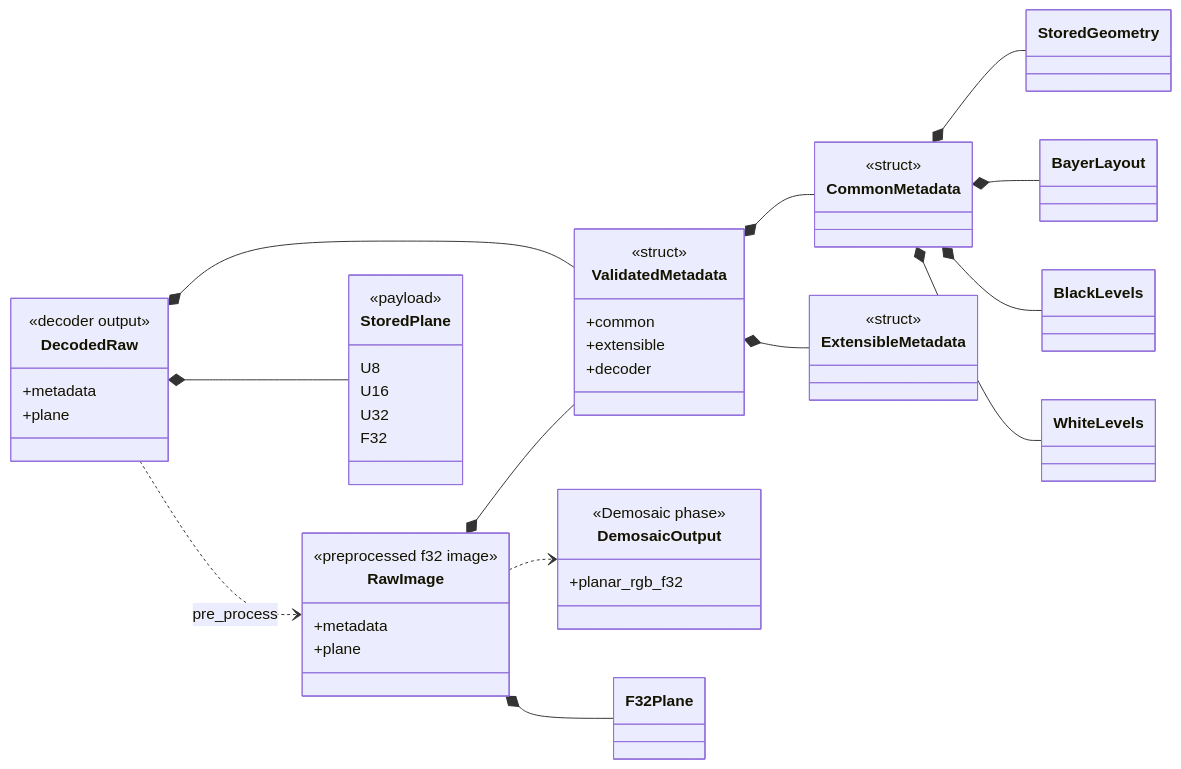
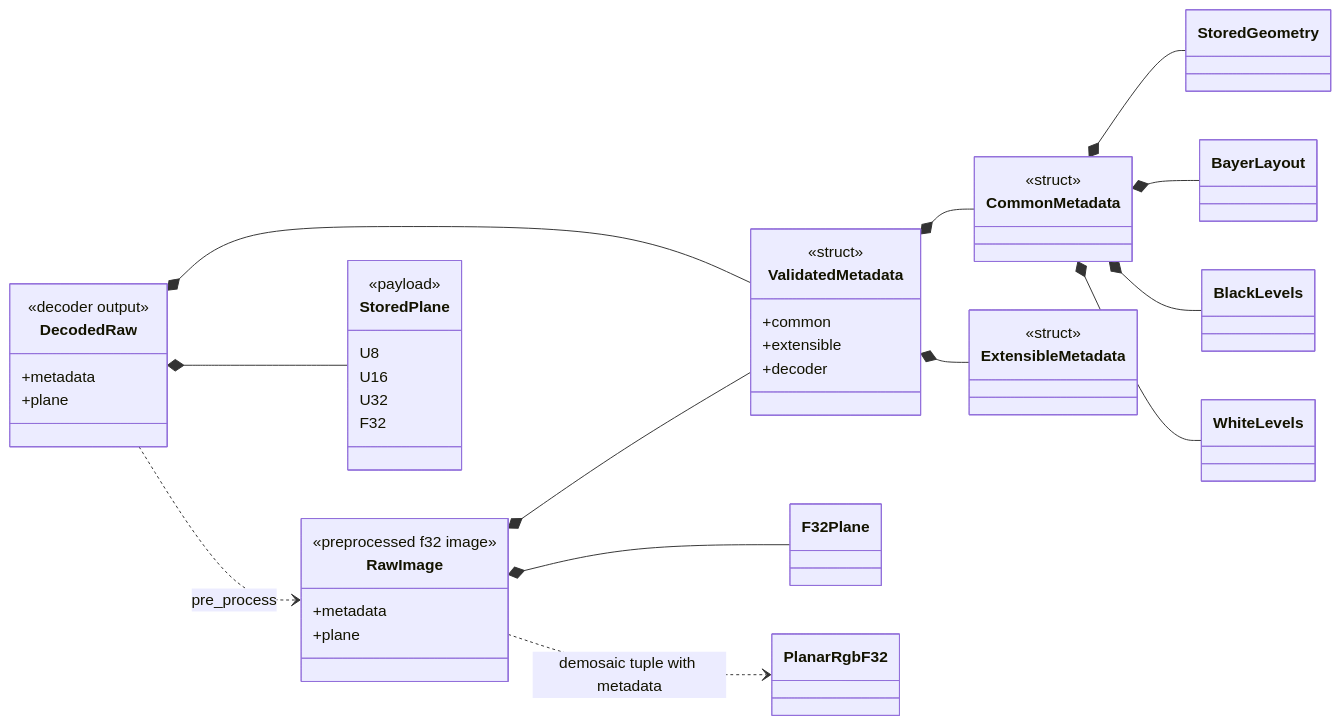
Before and after one commit to Glatzel/fornax: the diagram in docs/raw-pipeline/raw-image-struct.md, drawn with Mermaid. The commit also changed 4 other files, not shown here.

Commit message:
refactor(impl-core-001): return demosaic tuple

````diff
--- a/docs/raw-pipeline/raw-image-struct.md
+++ b/docs/raw-pipeline/raw-image-struct.md
@@ -9,54 +9,50 @@
 ```mermaid
 classDiagram
     direction LR
     class DecodedRaw {
         <<decoder output>>
         +metadata
         +plane
     }
     class RawImage {
         <<preprocessed f32 image>>
         +metadata
         +plane
     }
     class ValidatedMetadata {
         <<struct>>
         +common
         +extensible
         +decoder
     }
     class CommonMetadata {
         <<struct>>
     }
     class ExtensibleMetadata {
         <<struct>>
     }
     class StoredGeometry
     class BayerLayout
     class BlackLevels
     class WhiteLevels
     class StoredPlane {
         <<payload>>
         U8
         U16
         U32
         F32
     }
-    class DemosaicOutput {
-        <<Demosaic phase>>
-        +planar_rgb_f32
-    }
 
     DecodedRaw *-- ValidatedMetadata
     DecodedRaw *-- StoredPlane
     RawImage *-- ValidatedMetadata
     RawImage *-- F32Plane
     ValidatedMetadata *-- CommonMetadata
     ValidatedMetadata *-- ExtensibleMetadata
     CommonMetadata *-- StoredGeometry
     CommonMetadata *-- BayerLayout
     CommonMetadata *-- BlackLevels
     CommonMetadata *-- WhiteLevels
     DecodedRaw ..> RawImage : pre_process
-    RawImage ..> DemosaicOutput
+    RawImage ..> PlanarRgbF32 : demosaic tuple with metadata
 ```
````
